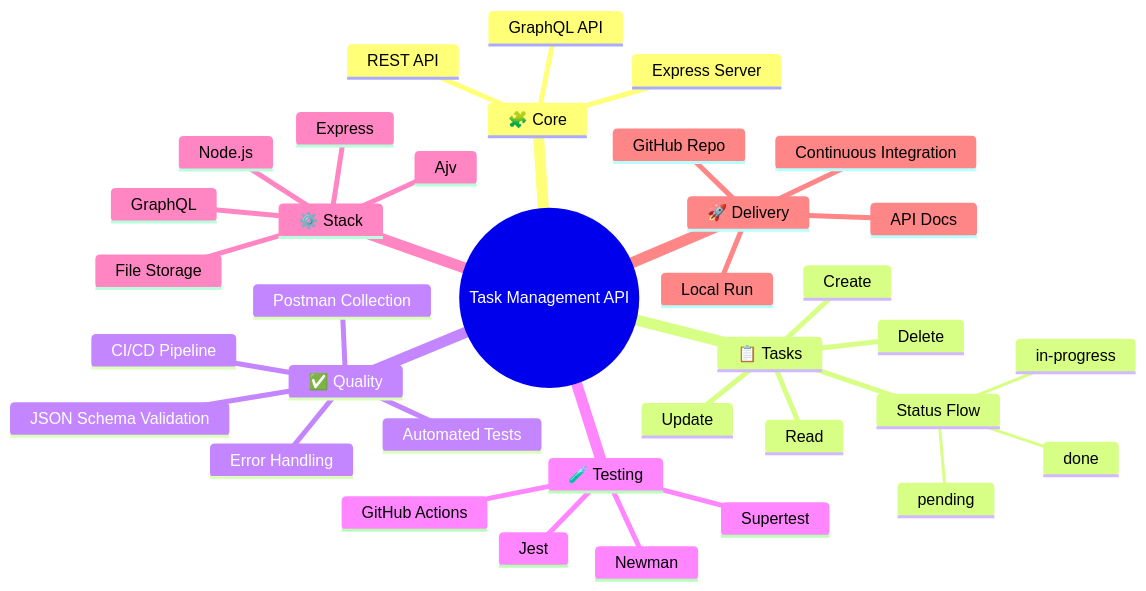
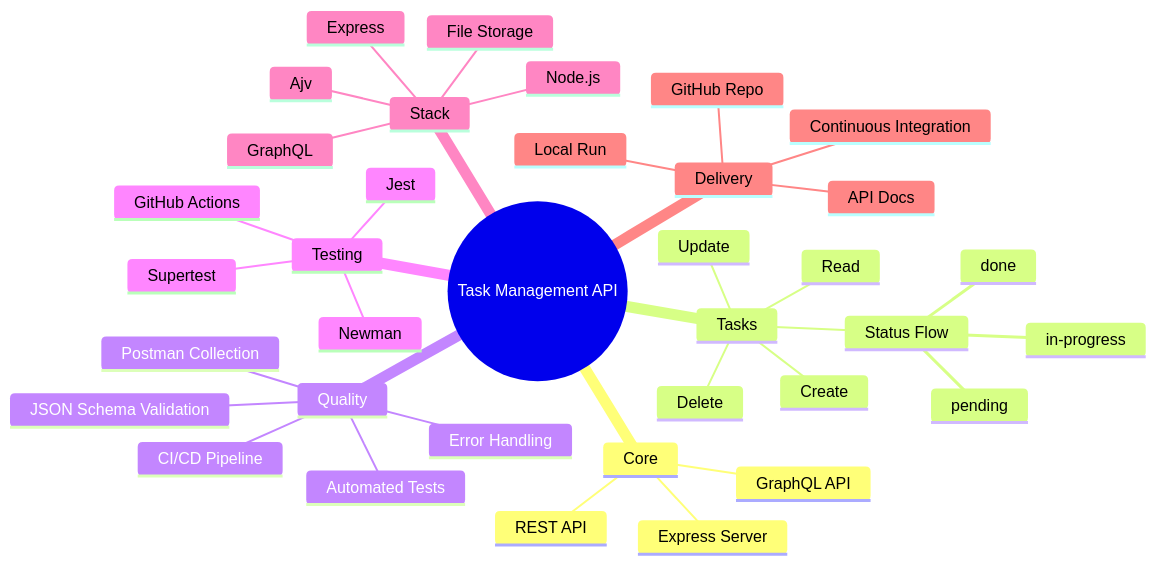
One commit to LeticiaTorquato82/Projeto-Mentoria-SI changed the second of 2 diagrams in README.md. Above: the diagram before and after it, drawn with Mermaid. The commit also changed other lines of this file, not shown here.

````diff
--- a/README.md
+++ b/README.md
@@ -42,44 +42,44 @@
 ```mermaid
 mindmap
   root((Task Management API))
-    🧩 Core
+     Core
       REST API
       GraphQL API
       Express Server
 
-    📋 Tasks
+     Tasks
       Create
       Read
       Update
       Delete
       Status Flow
         pending
         in-progress
         done
 
-    ✅ Quality
+     Quality
       JSON Schema Validation
       Error Handling
       Automated Tests
       Postman Collection
       CI/CD Pipeline
 
-    🧪 Testing
+     Testing
       Jest
       Supertest
       Newman
       GitHub Actions
 
-    ⚙️ Stack
+     Stack
       Node.js
       Express
       Ajv
       GraphQL
       File Storage
 
-    🚀 Delivery
+     Delivery
       Local Run
       API Docs
       GitHub Repo
       Continuous Integration
 ```
````
